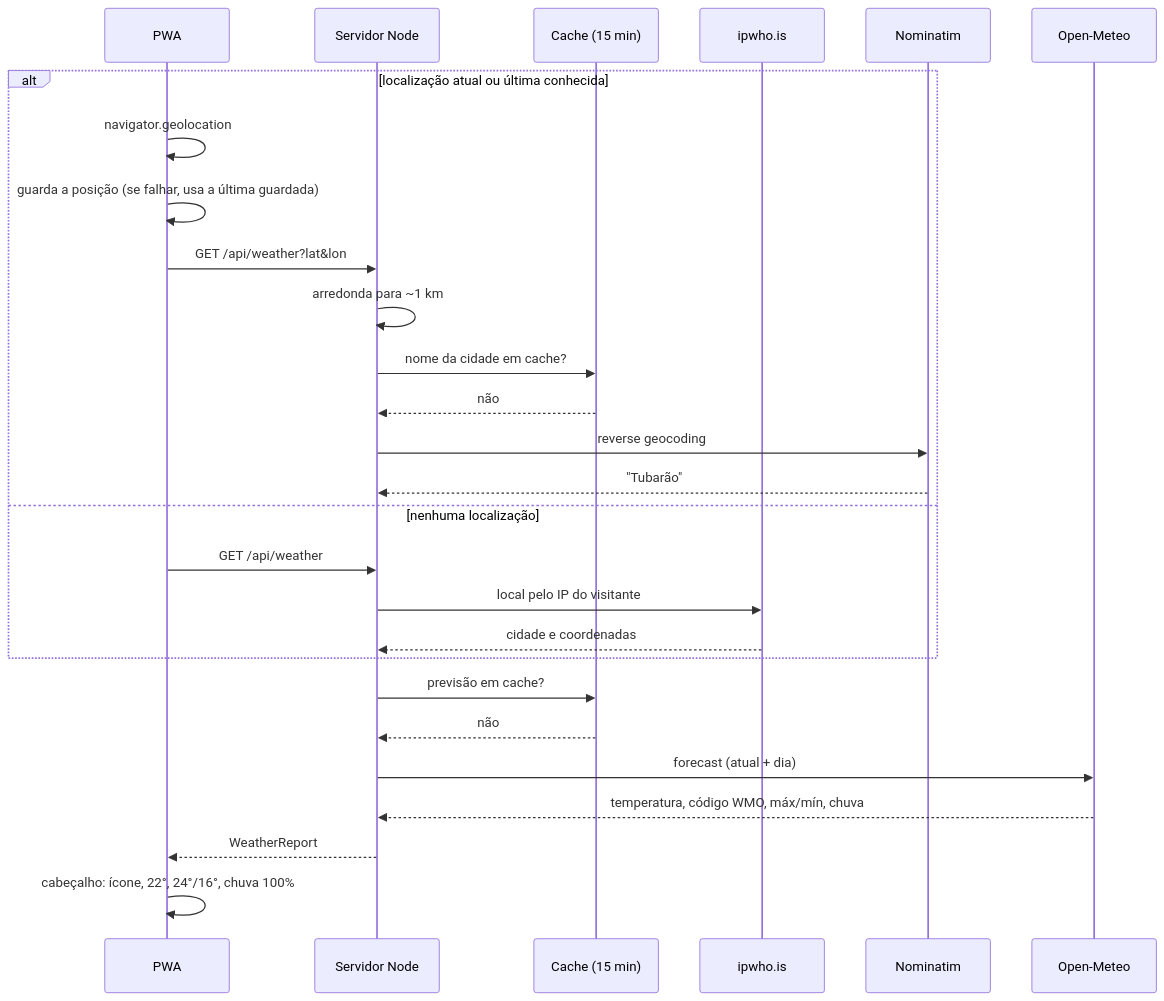
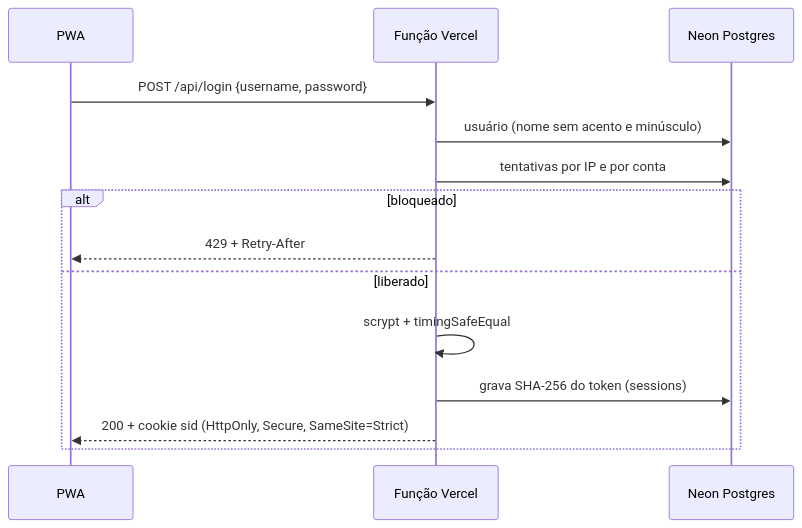
The sixth of 6 diagrams in README.md (CarlosAlvesSantosJr/My-daily-tasks), drawn with Mermaid before and after one commit. The commit also changed other lines of this file and 28 other files, not shown here.

First line of the commit message:
Versão 3.0.0: em produção na Vercel + Neon Postgres

````diff
--- a/README.md
+++ b/README.md
@@ -231,30 +292,17 @@
 ```mermaid
 sequenceDiagram
     participant N as PWA
-    participant S as Servidor Node
-    participant C as Cache (15 min)
-    participant I as ipwho.is
-    participant O as Nominatim
-    participant M as Open-Meteo
+    participant F as Função Vercel
+    participant D as Neon Postgres
 
-    alt localização atual ou última conhecida
-        N->>N: navigator.geolocation
-        N->>N: guarda a posição (se falhar, usa a última guardada)
-        N->>S: GET /api/weather?lat&lon
-        S->>S: arredonda para ~1 km
-        S->>C: nome da cidade em cache?
-        C-->>S: não
-        S->>O: reverse geocoding
-        O-->>S: "Tubarão"
-    else nenhuma localização
-        N->>S: GET /api/weather
-        S->>I: local pelo IP do visitante
-        I-->>S: cidade e coordenadas
+    N->>F: POST /api/login {username, password}
+    F->>D: usuário (nome sem acento e minúsculo)
+    F->>D: tentativas por IP e por conta
+    alt bloqueado
+        F-->>N: 429 + Retry-After
+    else liberado
+        F->>F: scrypt + timingSafeEqual
+        F->>D: grava SHA-256 do token (sessions)
+        F-->>N: 200 + cookie sid (HttpOnly, Secure, SameSite=Strict)
     end
-    S->>C: previsão em cache?
-    C-->>S: não
-    S->>M: forecast (atual + dia)
-    M-->>S: temperatura, código WMO, máx/mín, chuva
-    S-->>N: WeatherReport
-    N->>N: cabeçalho: ícone, 22°, 24°/16°, chuva 100%
 ```
````
